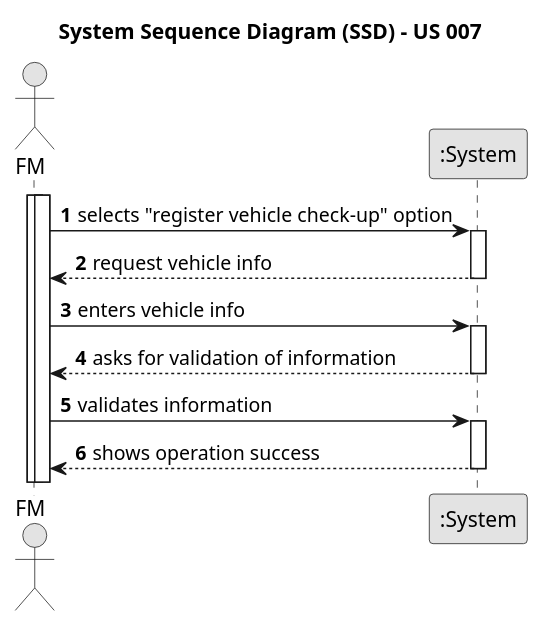
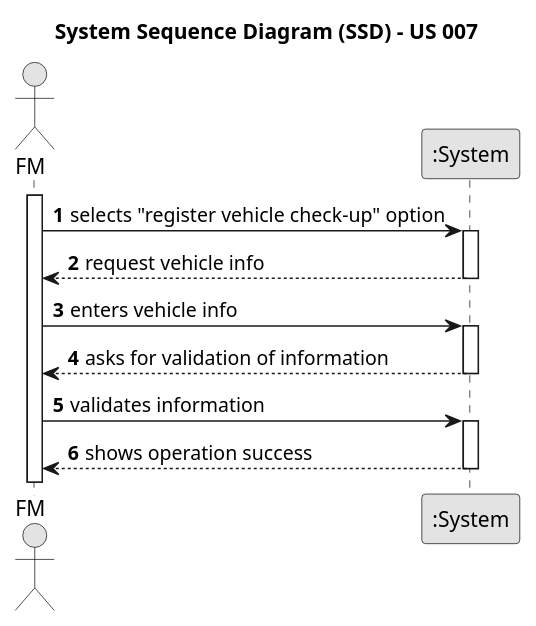
The diagram in docs/sprintA/us007/01.requirements-engineering/puml/us007-system-sequence-diagram.puml (Departamento-de-Engenharia-Informatica/lei-24-s2-1dm-g132), drawn with PlantUML before and after one commit. The commit also changed 9 other files, not shown here.

```diff
--- a/docs/sprintA/us007/01.requirements-engineering/puml/us007-system-sequence-diagram.puml
+++ b/docs/sprintA/us007/01.requirements-engineering/puml/us007-system-sequence-diagram.puml
@@ -1,30 +1,29 @@
 @startuml
 skinparam monochrome true
 skinparam packageStyle rectangle
 skinparam shadowing false
 
 title System Sequence Diagram (SSD) - US 007
 
 autonumber
 
 actor "FM" as FM
 participant ":System" as System
 
-activate FM
 
 activate FM
 
     FM -> System: selects "register vehicle check-up" option
     activate System
 
          System --> FM: request vehicle info
             deactivate System
                 FM -> System: enters vehicle info
                     activate System
                        System --> FM: asks for validation of information
                                 deactivate System
                                                 FM -> System: validates information
                                                     activate System
                                                                            System --> FM: shows operation success
                                                                                     deactivate System
 @enduml                   deactivate System
```
